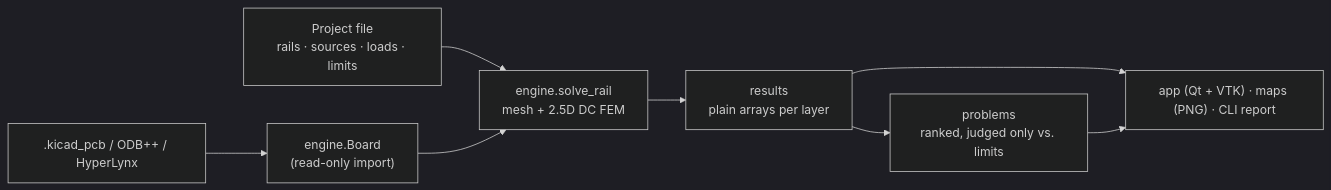
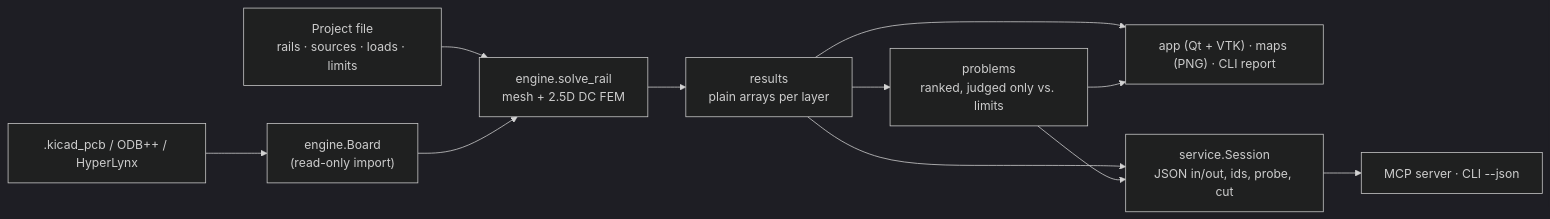
Before and after one commit to RaffaeleBiondi/Coppernicus: the diagram in README.md, drawn with Mermaid (dark theme). The commit also changed other lines of this file and 1 other file, not shown here.

First line of the commit message:
docs: MCP server and --json in the README; WS1 phase 1 status

````diff
--- a/README.md
+++ b/README.md
@@ -132,10 +206,13 @@
 ```mermaid
 flowchart LR
     A[".kicad_pcb / ODB++ / HyperLynx"] --> B["engine.Board<br/>(read-only import)"]
     P["Project file<br/>rails · sources · loads · limits"] --> S
     B --> S["engine.solve_rail<br/>mesh + 2.5D DC FEM"]
     S --> R["results<br/>plain arrays per layer"]
     R --> Q["problems<br/>ranked, judged only vs. limits"]
     R --> V["app (Qt + VTK) · maps (PNG) · CLI report"]
     Q --> V
+    R --> SV["service.Session<br/>JSON in/out, ids, probe, cut"]
+    Q --> SV
+    SV --> M["MCP server · CLI --json"]
 ```
````
